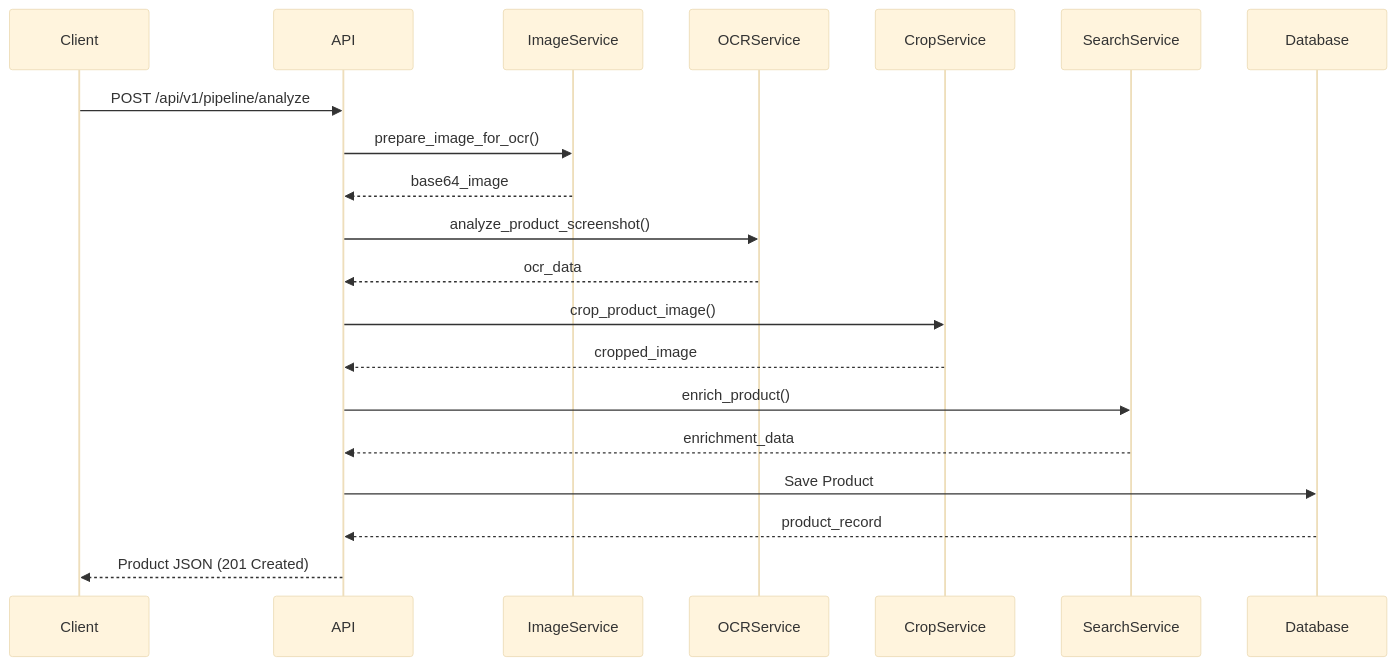
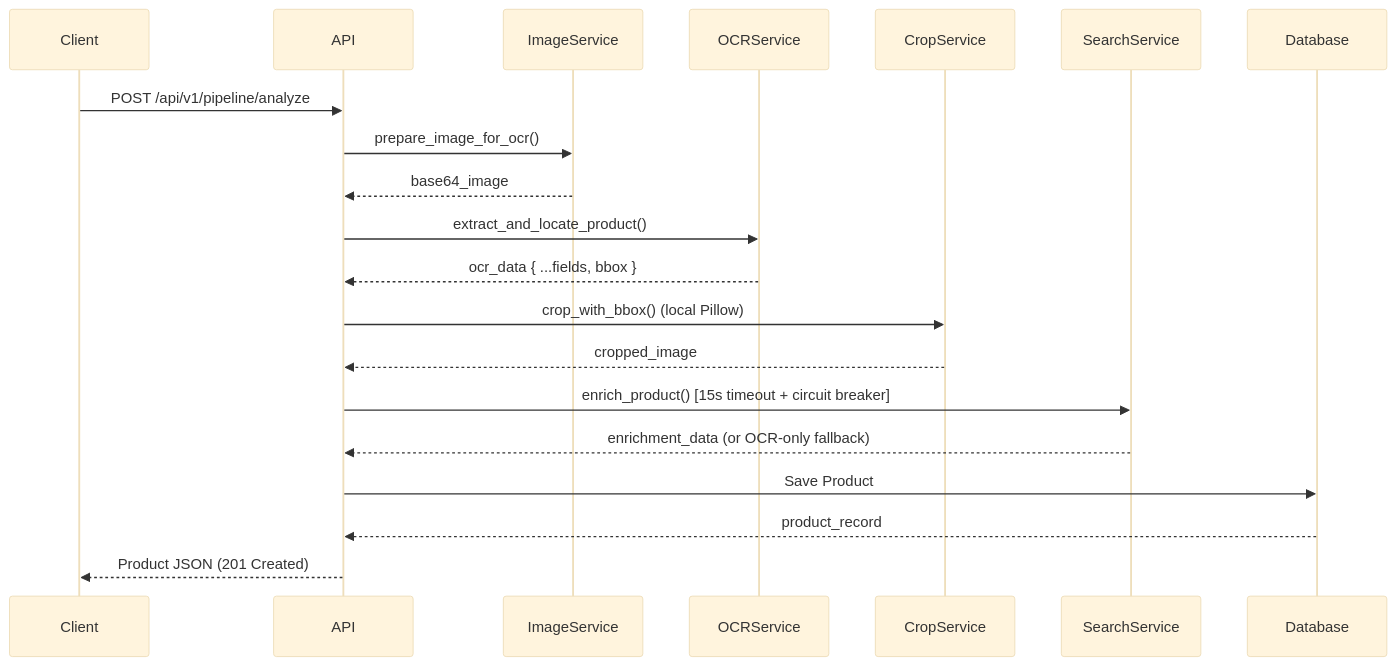
Before and after one commit to entropi-so/docs: the second of 2 diagrams in architecture.mdx, drawn with Mermaid (base theme). The commit also changed other lines of this file and 32 other files, not shown here.

````diff
--- a/architecture.mdx
+++ b/architecture.mdx
@@ -86,27 +114,27 @@
 ```mermaid
 sequenceDiagram
     participant Client
     participant API
     participant ImageService
     participant OCRService
     participant CropService
     participant SearchService
     participant Database
 
     Client->>API: POST /api/v1/pipeline/analyze
     API->>ImageService: prepare_image_for_ocr()
     ImageService-->>API: base64_image
-    
-    API->>OCRService: analyze_product_screenshot()
-    OCRService-->>API: ocr_data
-    
-    API->>CropService: crop_product_image()
+
+    API->>OCRService: extract_and_locate_product()
+    OCRService-->>API: ocr_data { ...fields, bbox }
+
+    API->>CropService: crop_with_bbox() (local Pillow)
     CropService-->>API: cropped_image
-    
-    API->>SearchService: enrich_product()
-    SearchService-->>API: enrichment_data
+
+    API->>SearchService: enrich_product() [15s timeout + circuit breaker]
+    SearchService-->>API: enrichment_data (or OCR-only fallback)
     
     API->>Database: Save Product
     Database-->>API: product_record
     API-->>Client: Product JSON (201 Created)
 ```
````
